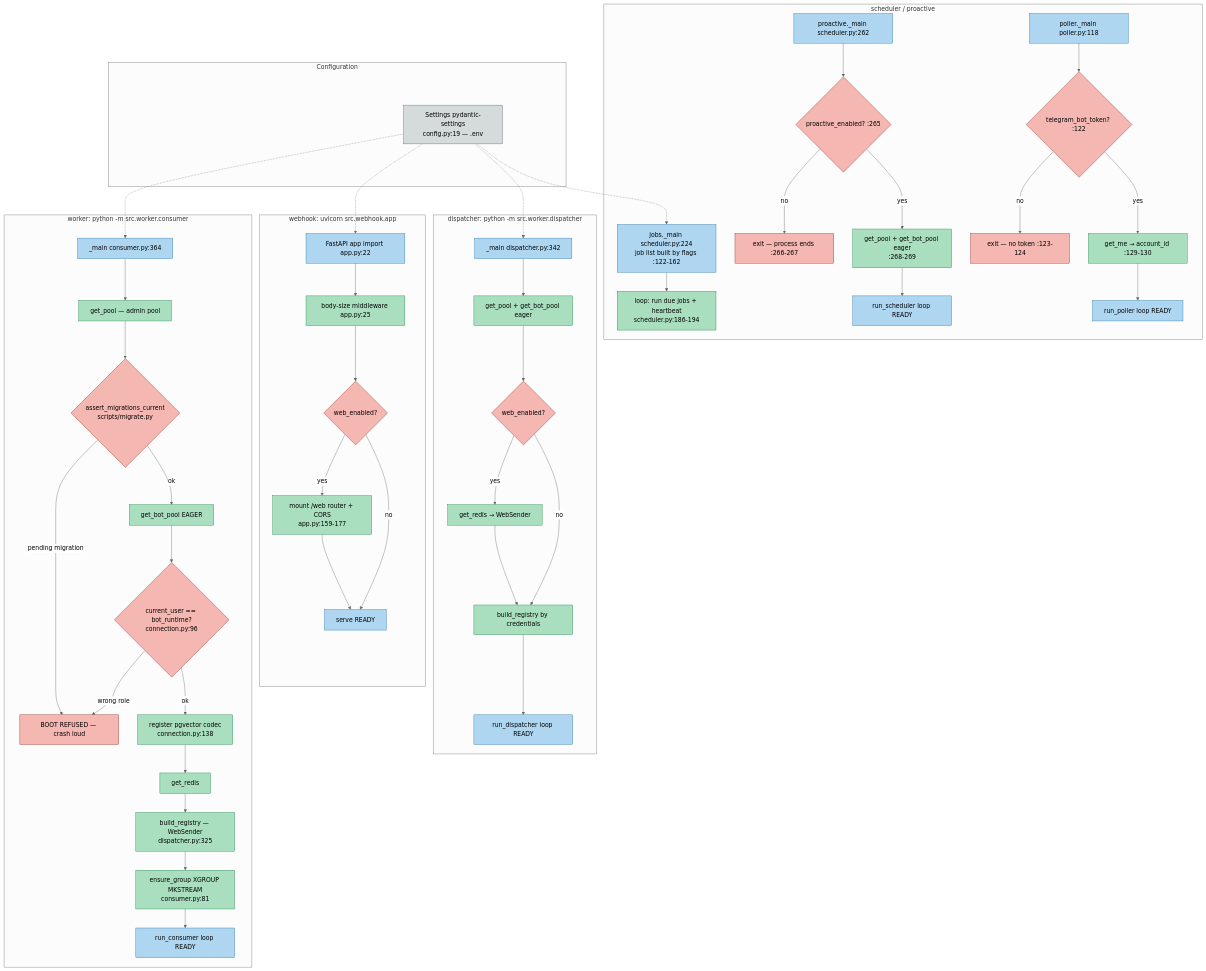
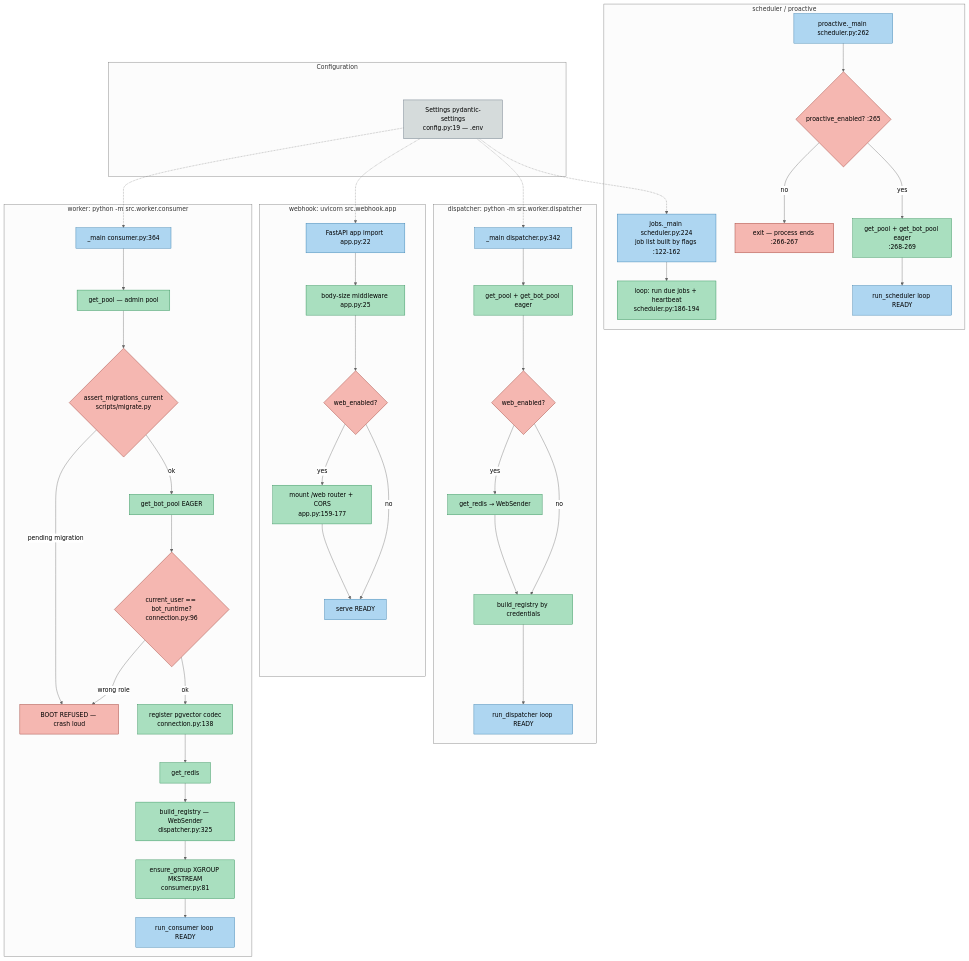
Before and after one commit to AdiBoaru/Sales-Ass: the second of 19 diagrams in docs/ARCHITECTURE-WORKFLOWS.md, drawn with Mermaid (neutral theme). The commit also changed 3 other files, not shown here.

First line of the commit message:
docs(NX-289): un nod de diagrama scapat + backlogul de rafinari

````diff
--- a/docs/ARCHITECTURE-WORKFLOWS.md
+++ b/docs/ARCHITECTURE-WORKFLOWS.md
@@ -180,81 +180,73 @@
 ```mermaid
 flowchart TD
   classDef proc fill:#aed6f1,stroke:#2874a6,color:#000
   classDef step fill:#a9dfbf,stroke:#1e8449,color:#000
   classDef gate fill:#f5b7b1,stroke:#922b21,color:#000
   classDef db fill:#d5dbdb,stroke:#566573,color:#000
 
   subgraph WorkerBoot["worker: python -m src.worker.consumer"]
     W0["_main consumer.py:364"]:::proc
     W1["get_pool — admin pool"]:::step
     W2{"assert_migrations_current<br/>scripts/migrate.py"}:::gate
     W3["get_bot_pool EAGER"]:::step
     W4{"current_user == bot_runtime?<br/>connection.py:96"}:::gate
     W5["register pgvector codec<br/>connection.py:138"]:::step
     W6["get_redis"]:::step
     W7["build_registry — WebSender<br/>dispatcher.py:325"]:::step
     W8["ensure_group XGROUP MKSTREAM<br/>consumer.py:81"]:::step
     W9["run_consumer loop READY"]:::proc
     WFAIL["BOOT REFUSED — crash loud"]:::gate
   end
 
   subgraph WebhookBoot["webhook: uvicorn src.webhook.app"]
     A0["FastAPI app import app.py:22"]:::proc
     A1["body-size middleware app.py:25"]:::step
     A2{"web_enabled?"}:::gate
     A3["mount /web router + CORS<br/>app.py:159-177"]:::step
     A4["serve READY"]:::proc
   end
 
   subgraph DispatcherBoot["dispatcher: python -m src.worker.dispatcher"]
     D0["_main dispatcher.py:342"]:::proc
     D1["get_pool + get_bot_pool eager"]:::step
     D2{"web_enabled?"}:::gate
     D3["get_redis → WebSender"]:::step
     D4["build_registry by credentials"]:::step
     D5["run_dispatcher loop READY"]:::proc
   end
 
   subgraph OtherBoot["scheduler / proactive"]
     J0["jobs._main scheduler.py:224<br/>job list built by flags :122-162"]:::proc
     J1["loop: run due jobs + heartbeat<br/>scheduler.py:186-194"]:::step
     P0["proactive._main scheduler.py:262"]:::proc
     P1{"proactive_enabled? :265"}:::gate
     P2["get_pool + get_bot_pool eager<br/>:268-269"]:::step
     P3["run_scheduler loop READY"]:::proc
     PX["exit — process ends :266-267"]:::gate
-    T0["poller._main poller.py:118"]:::proc
-    T1{"telegram_bot_token? :122"}:::gate
-    T2["get_me → account_id :129-130"]:::step
-    T3["run_poller loop READY"]:::proc
-    TX2["exit — no token :123-124"]:::gate
   end
 
   subgraph Config["Configuration"]
     CFG["Settings pydantic-settings<br/>config.py:19 — .env"]:::db
   end
 
   CFG -.-> W0
   CFG -.-> A0
   CFG -.-> D0
   CFG -.-> J0
   J0 --> J1
   P0 --> P1
   P1 -- no --> PX
   P1 -- yes --> P2 --> P3
-  T0 --> T1
-  T1 -- no --> TX2
-  T1 -- yes --> T2 --> T3
   W0 --> W1 --> W2
   W2 -- "pending migration" --> WFAIL
   W2 -- ok --> W3 --> W4
   W4 -- "wrong role" --> WFAIL
   W4 -- ok --> W5 --> W6 --> W7 --> W8 --> W9
   A0 --> A1 --> A2
   A2 -- yes --> A3 --> A4
   A2 -- no --> A4
   D0 --> D1 --> D2
   D2 -- yes --> D3 --> D4
   D2 -- no --> D4
   D4 --> D5
 ```
````
